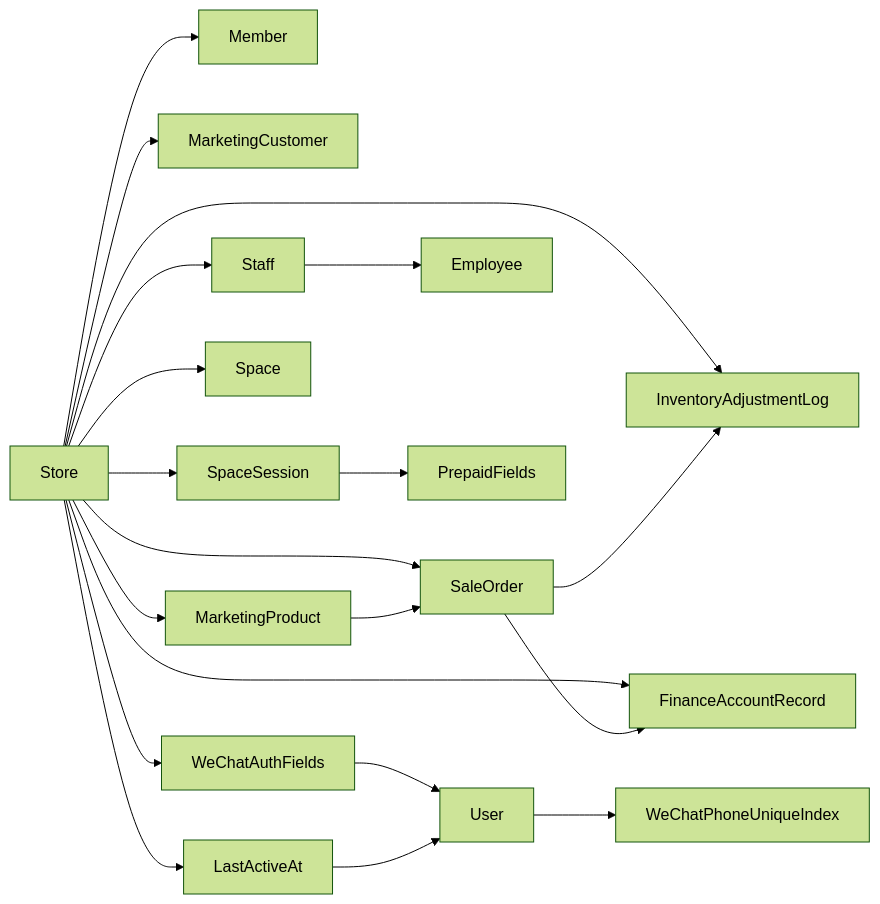
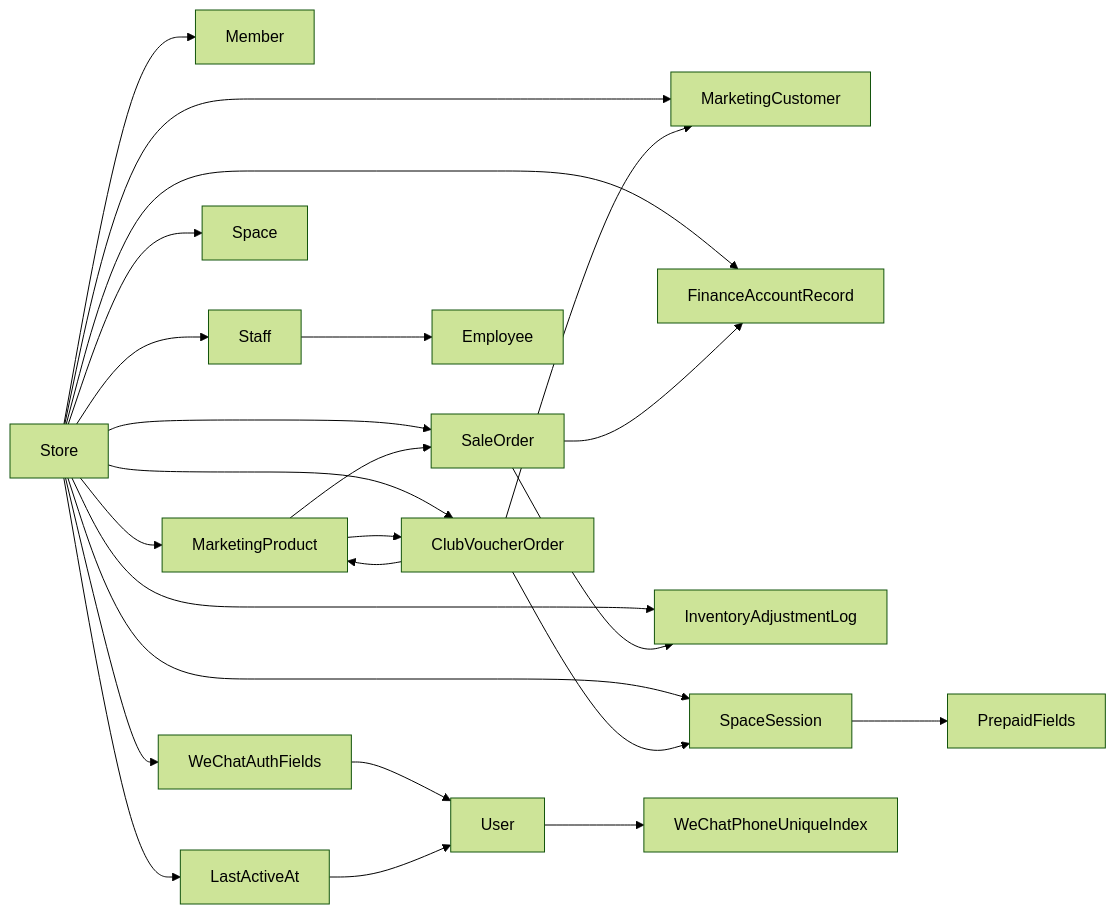
The third of 3 diagrams in .qoder/repowiki/zh/content/数据库设计/数据库设计.md (rc558620/purelyprofit-server), drawn with Mermaid (forest theme) before and after one commit. The commit also changed other lines of this file and 40 other files, not shown here.

````diff
--- a/.qoder/repowiki/zh/content/数据库设计/数据库设计.md
+++ b/.qoder/repowiki/zh/content/数据库设计/数据库设计.md
@@ -497,22 +544,27 @@
 ```mermaid
 graph LR
 Store["Store"] --> Member["Member"]
 Store --> Customer["MarketingCustomer"]
 Store --> Product["MarketingProduct"]
 Store --> Finance["FinanceAccountRecord"]
 Store --> Sales["SaleOrder"]
 Store --> Inventory["InventoryAdjustmentLog"]
 Store --> Staff["Staff"]
 Store --> Space["Space"]
 Store --> Session["SpaceSession"]
 Store --> WeChat["WeChatAuthFields"]
 Store --> Active["LastActiveAt"]
+Store --> Voucher["ClubVoucherOrder"]
 Staff --> Employee["Employee"]
 Sales --> Inventory
 Sales --> Finance
 Session --> Prepaid["PrepaidFields"]
 Product --> Sales
+Product --> Voucher
 WeChat --> User["User"]
 Active --> User
 User --> PhoneIndex["WeChatPhoneUniqueIndex"]
+Voucher --> Session
+Voucher --> Customer
+Voucher --> Product
 ```
````
